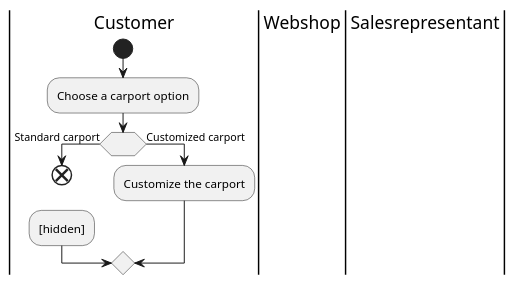
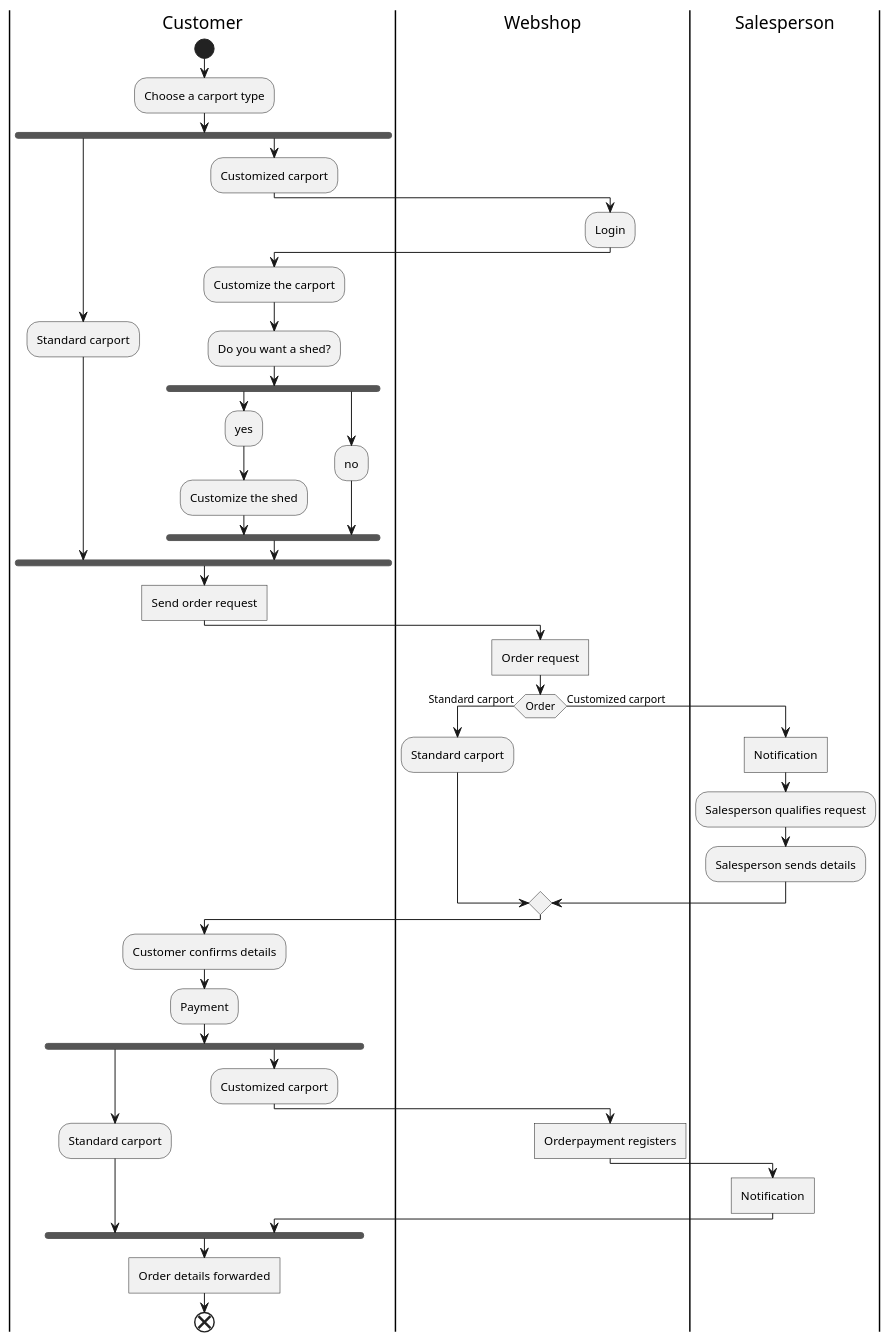
The diagram in src/main/resources/Persistence/ToBe.puml (FruSchwencke/Fog_2024), drawn with PlantUML before and after one commit.

Commit message:
First draft of ToBe-activity-diagram ready to be reviewed

```diff
--- a/src/main/resources/Persistence/ToBe.puml
+++ b/src/main/resources/Persistence/ToBe.puml
@@ -1,17 +1,51 @@
 @startuml
 'https://plantuml.com/activity-diagram-beta
 
 |Customer|
 start
-:Choose a carport option;
-if ( )  then (Standard carport)
+:Choose a carport type;
+fork
+:Standard carport;
+fork again
+:Customized carport;
+|Webshop|
+:Login;
+|Customer|
+:Customize the carport;
+:Do you want a shed?;
+fork
+:yes;
+:Customize the shed;
+fork again
+:no;
+end fork
+end fork
+:Send order request]
+|Webshop|
+:Order request]
+if (Order) then (Standard carport)
+:Standard carport;
+else (Customized carport)
+|Salesperson|
+:Notification]
+:Salesperson qualifies request;
+:Salesperson sends details;
+endif
+|Customer|
+:Customer confirms details;
+:Payment;
+fork
+:Standard carport;
+fork again
+:Customized carport;
+|Webshop|
+:Orderpayment registers]
+|Salesperson|
+:Notification]
+
+|Customer|
+end fork
+:Order details forwarded]
 end
--[hidden]
-else  (Customized carport)
-:Customize the carport;
-|Webshop|
-
-
-|Salesrepresentant|
 
 @enduml
```
